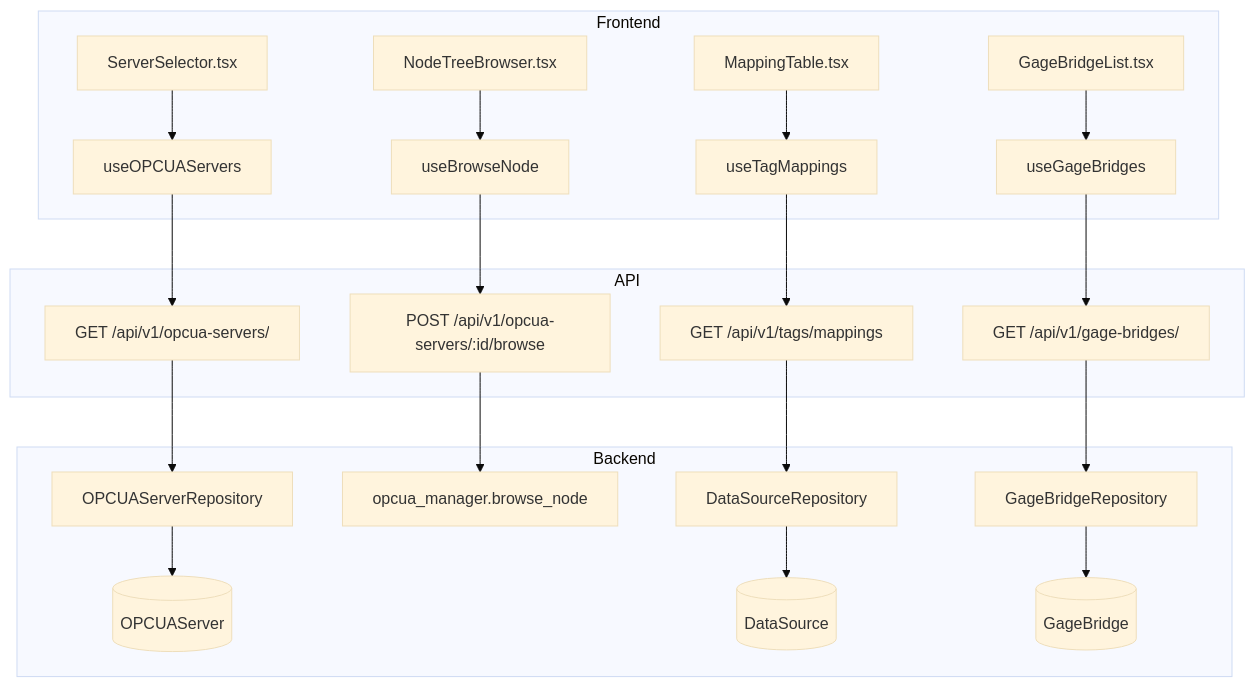
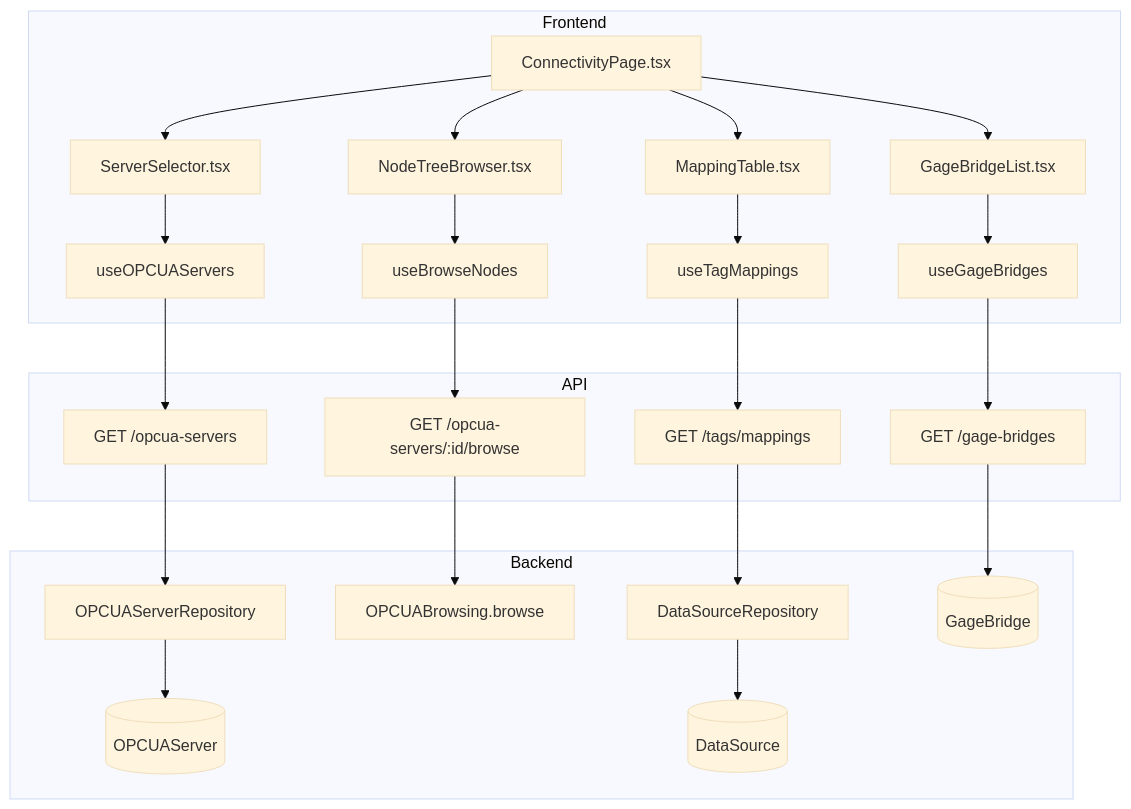
The first of 2 diagrams in .knowledge/features/connectivity.md (saturnis-io/cassini), drawn with Mermaid (base theme) before and after one commit. The commit also changed other lines of this file and 16 other files, not shown here.

First line of the commit message:
knowledge-graph: regenerate

````diff
--- a/.knowledge/features/connectivity.md
+++ b/.knowledge/features/connectivity.md
@@ -5,24 +5,24 @@
 ```mermaid
 flowchart TD
     subgraph Frontend
         C1[ServerSelector.tsx] --> H1[useOPCUAServers]
-        C2[NodeTreeBrowser.tsx] --> H2[useBrowseNode]
+        C2[NodeTreeBrowser.tsx] --> H2[useBrowseNodes]
         C3[MappingTable.tsx] --> H3[useTagMappings]
         C4[GageBridgeList.tsx] --> H4[useGageBridges]
+        C5[ConnectivityPage.tsx] --> C1 & C2 & C3 & C4
     end
     subgraph API
-        H1 --> E1[GET /api/v1/opcua-servers/]
-        H2 --> E2[POST /api/v1/opcua-servers/:id/browse]
-        H3 --> E3[GET /api/v1/tags/mappings]
-        H4 --> E4[GET /api/v1/gage-bridges/]
+        H1 --> E1[GET /opcua-servers]
+        H2 --> E2[GET /opcua-servers/:id/browse]
+        H3 --> E3[GET /tags/mappings]
+        H4 --> E4[GET /gage-bridges]
     end
     subgraph Backend
         E1 --> R1[OPCUAServerRepository]
         R1 --> M1[(OPCUAServer)]
-        E2 --> S1[opcua_manager.browse_node]
+        E2 --> S1[OPCUABrowsing.browse]
         E3 --> R2[DataSourceRepository]
         R2 --> M2[(DataSource)]
-        E4 --> R3[GageBridgeRepository]
-        R3 --> M3[(GageBridge)]
+        E4 --> R3[(GageBridge)]
     end
 ```
````
